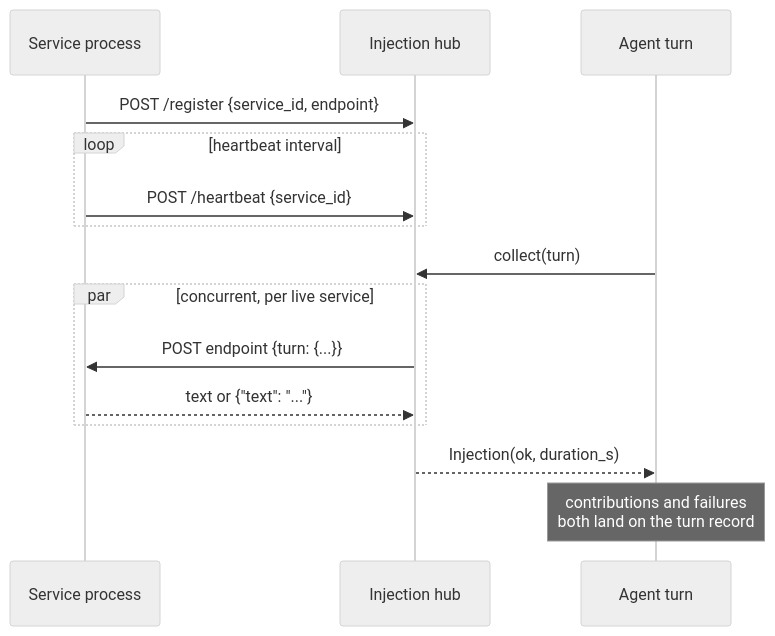
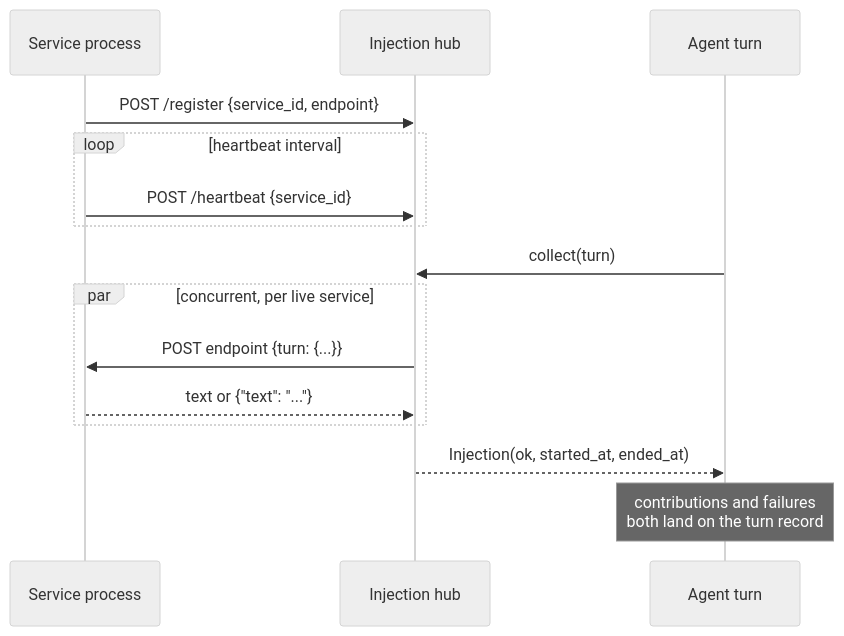
Before and after one commit to DarkSpaceY/NAN-itself: the sixth of 7 diagrams in docs/for-contributors/architecture.md, drawn with Mermaid (neutral theme). The commit also changed other lines of this file and 44 other files, not shown here.

````diff
--- a/docs/for-contributors/architecture.md
+++ b/docs/for-contributors/architecture.md
@@ -136,18 +140,18 @@
 ```mermaid
 sequenceDiagram
     participant S as Service process
     participant H as Injection hub
     participant A as Agent turn
 
     S->>H: POST /register {service_id, endpoint}
     loop heartbeat interval
         S->>H: POST /heartbeat {service_id}
     end
     A->>H: collect(turn)
     par concurrent, per live service
         H->>S: POST endpoint {turn: {...}}
         S-->>H: text or {"text": "..."}
     end
-    H-->>A: Injection(ok, duration_s)
+    H-->>A: Injection(ok, started_at, ended_at)
     note over A: contributions and failures<br/>both land on the turn record
 ```
````
